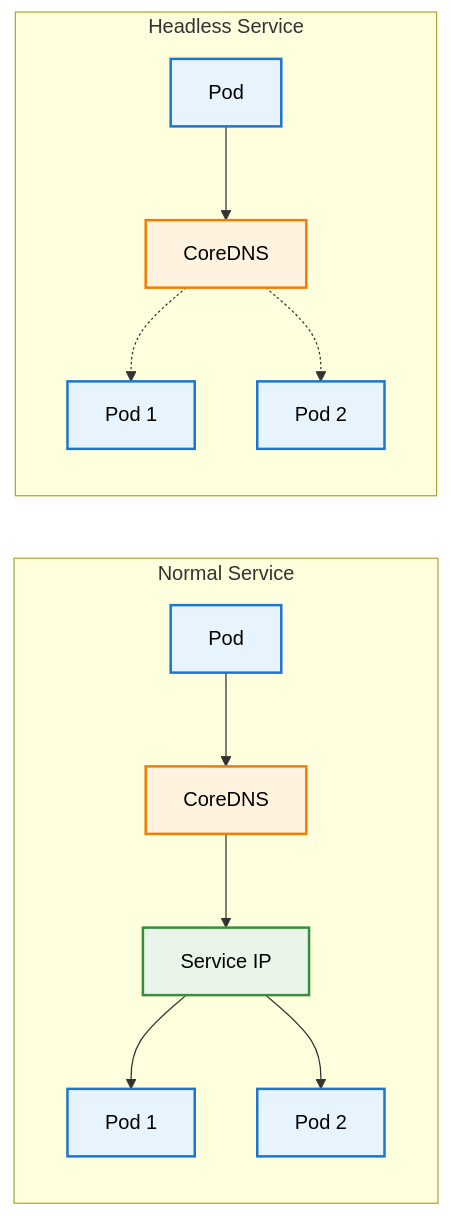
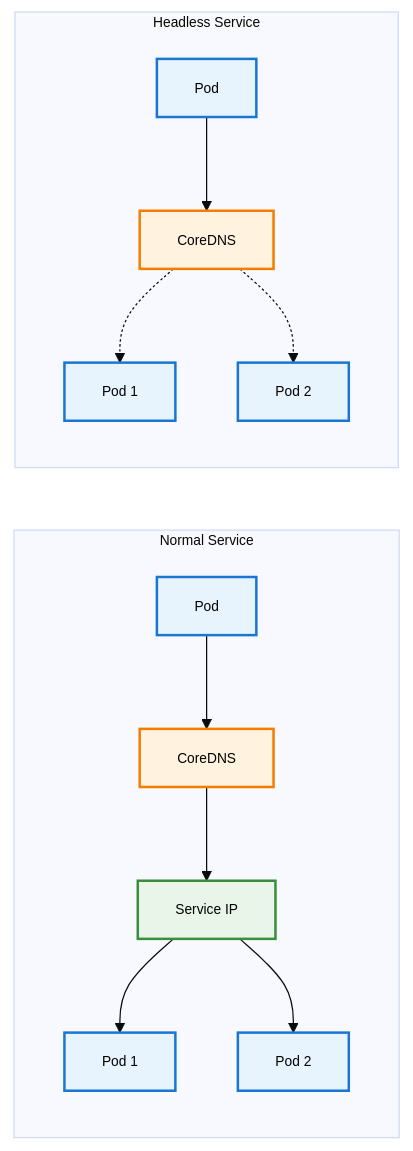
One commit to razkevich/system_design_course changed the fourth of 5 diagrams in 1.3_network_and_communication/kubernetes_networking.md. Above: the diagram before and after it, drawn with Mermaid. The commit also changed other lines of this file and 2 other files, not shown here.

````diff
--- a/1.3_network_and_communication/kubernetes_networking.md
+++ b/1.3_network_and_communication/kubernetes_networking.md
@@ -251,36 +254,37 @@
 ```mermaid
+%%{init: {'theme':'base', 'themeVariables': { 'primaryTextColor': '#000', 'fontSize': '11px'}}}%%
 flowchart LR
     P["Pod"] --> D["CoreDNS"]
     D --> S["Service IP"]
     S --> Pod1["Pod 1"]
     S --> Pod2["Pod 2"]
     
     P2["Pod"] --> D2["CoreDNS"]
     D2 -.-> Pod3["Pod 1"]
     D2 -.-> Pod4["Pod 2"]
     
     subgraph "Normal Service"
         P
         D
         S
         Pod1
         Pod2
     end
     
     subgraph "Headless Service"
         P2
         D2
         Pod3
         Pod4
     end
     
     style P fill:#e8f4fd,stroke:#1976d2,stroke-width:2px,color:#000
     style P2 fill:#e8f4fd,stroke:#1976d2,stroke-width:2px,color:#000
     style Pod1 fill:#e8f4fd,stroke:#1976d2,stroke-width:2px,color:#000
     style Pod2 fill:#e8f4fd,stroke:#1976d2,stroke-width:2px,color:#000
     style Pod3 fill:#e8f4fd,stroke:#1976d2,stroke-width:2px,color:#000
     style Pod4 fill:#e8f4fd,stroke:#1976d2,stroke-width:2px,color:#000
     style D fill:#fff3e0,stroke:#f57c00,stroke-width:2px,color:#000
     style D2 fill:#fff3e0,stroke:#f57c00,stroke-width:2px,color:#000
     style S fill:#e8f5e8,stroke:#388e3c,stroke-width:2px,color:#000
 ```
````
